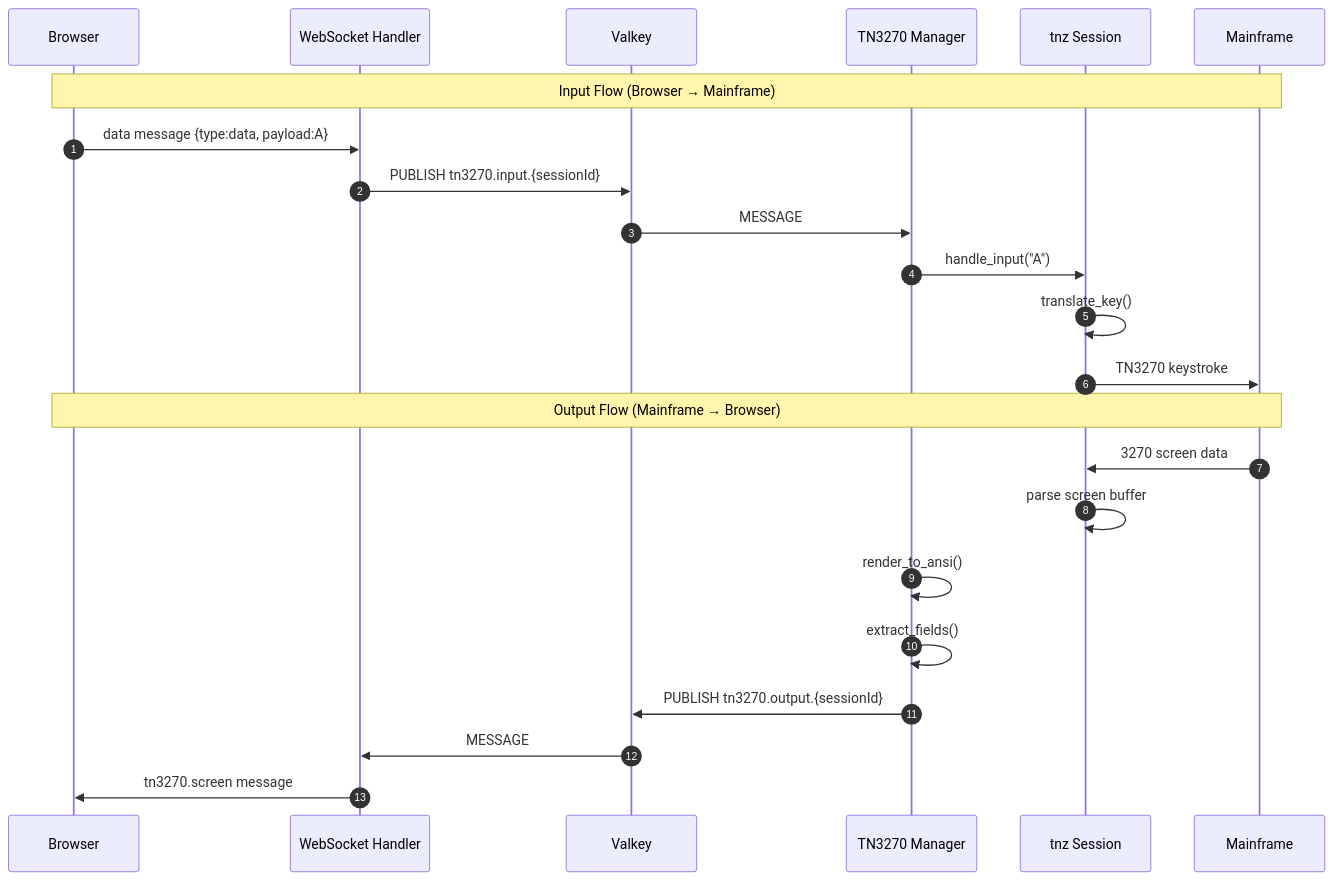
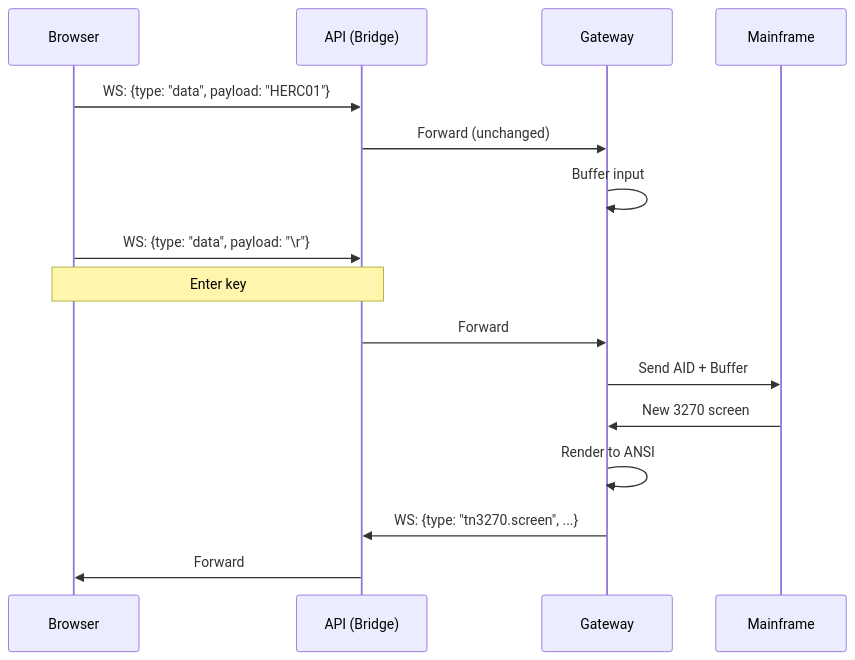
The sixth of 13 diagrams in docs/diagrams.md (gurungabit/iast), drawn with Mermaid before and after one commit. The commit also changed other lines of this file and 33 other files, not shown here.

````diff
--- a/docs/diagrams.md
+++ b/docs/diagrams.md
@@ -287,27 +212,20 @@
 ```mermaid
 sequenceDiagram
-    autonumber
     participant B as Browser
-    participant WS as WebSocket Handler
-    participant V as Valkey
-    participant M as TN3270 Manager
-    participant T as tnz Session
-    participant H as Mainframe
+    participant A as API (Bridge)
+    participant G as Gateway
+    participant M as Mainframe
 
-    Note over B,H: Input Flow (Browser → Mainframe)
-    B->>WS: data message {type:data, payload:A}
-    WS->>V: PUBLISH tn3270.input.{sessionId}
-    V->>M: MESSAGE
-    M->>T: handle_input("A")
-    T->>T: translate_key()
-    T->>H: TN3270 keystroke
-
-    Note over B,H: Output Flow (Mainframe → Browser)
-    H->>T: 3270 screen data
-    T->>T: parse screen buffer
-    M->>M: render_to_ansi()
-    M->>M: extract_fields()
-    M->>V: PUBLISH tn3270.output.{sessionId}
-    V->>WS: MESSAGE
-    WS->>B: tn3270.screen message
+    B->>A: WS: {type: "data", payload: "HERC01"}
+    A->>G: Forward (unchanged)
+    G->>G: Buffer input
+    
+    B->>A: WS: {type: "data", payload: "\r"}  
+    Note over B,A: Enter key
+    A->>G: Forward
+    G->>M: Send AID + Buffer
+    M->>G: New 3270 screen
+    G->>G: Render to ANSI
+    G->>A: WS: {type: "tn3270.screen", ...}
+    A->>B: Forward
 ```
````
